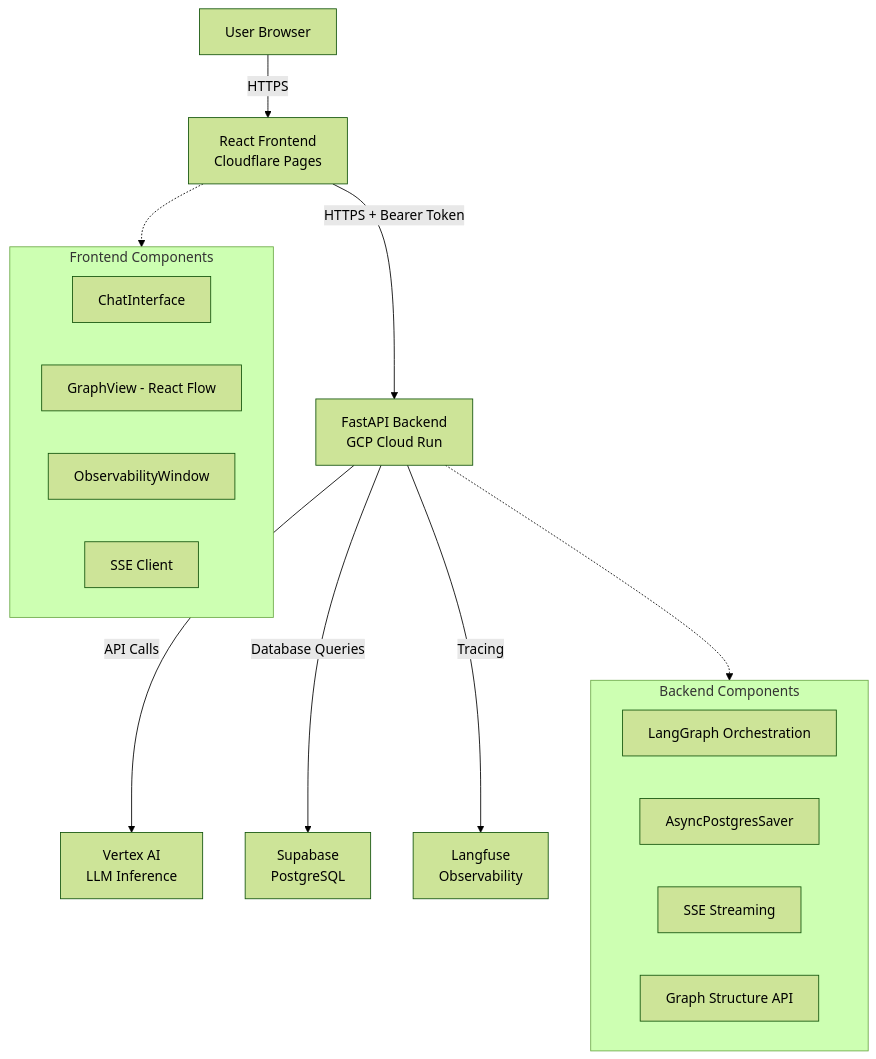
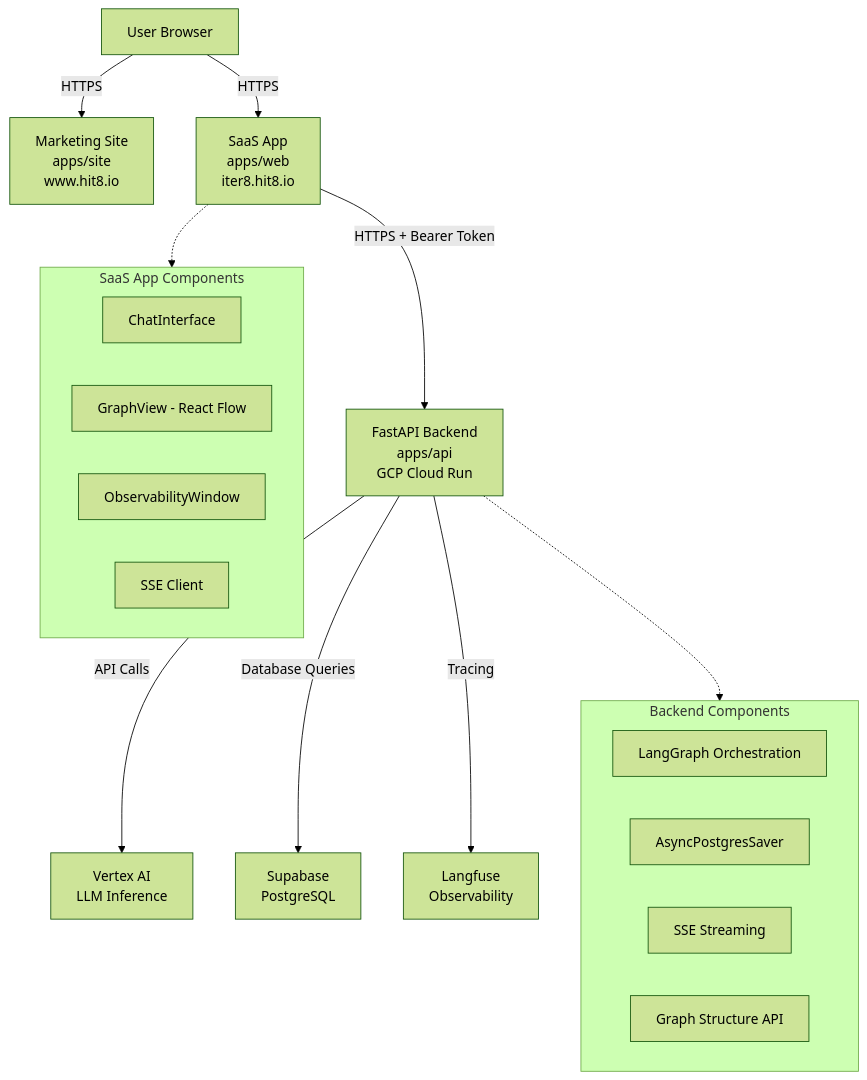
Before and after one commit to hit8-io/hit8: the first of 14 diagrams in .cursor/docs/architecture.md, drawn with Mermaid (forest theme). The commit also changed other lines of this file and 64 other files, not shown here.

````diff
--- a/.cursor/docs/architecture.md
+++ b/.cursor/docs/architecture.md
@@ -19,32 +20,34 @@
 ```mermaid
 graph TB
     User[User Browser]
-    Frontend[React Frontend<br/>Cloudflare Pages]
-    Backend[FastAPI Backend<br/>GCP Cloud Run]
+    MarketingSite[Marketing Site<br/>apps/site<br/>www.hit8.io]
+    SaaSApp[SaaS App<br/>apps/web<br/>iter8.hit8.io]
+    Backend[FastAPI Backend<br/>apps/api<br/>GCP Cloud Run]
     VertexAI[Vertex AI<br/>LLM Inference]
     Supabase[Supabase<br/>PostgreSQL]
     Langfuse[Langfuse<br/>Observability]
     
-    User -->|HTTPS| Frontend
-    Frontend -->|HTTPS + Bearer Token| Backend
+    User -->|HTTPS| MarketingSite
+    User -->|HTTPS| SaaSApp
+    SaaSApp -->|HTTPS + Bearer Token| Backend
     Backend -->|API Calls| VertexAI
     Backend -->|Database Queries| Supabase
     Backend -->|Tracing| Langfuse
     
-    subgraph FrontendComponents["Frontend Components"]
+    subgraph SaaSComponents["SaaS App Components"]
         ChatInterface[ChatInterface]
         GraphView[GraphView - React Flow]
         ObservabilityWindow[ObservabilityWindow]
         SSEClient[SSE Client]
     end
     
     subgraph BackendComponents["Backend Components"]
         LangGraph[LangGraph Orchestration]
         Checkpointer[AsyncPostgresSaver]
         Streaming[SSE Streaming]
         GraphAPI[Graph Structure API]
     end
     
-    Frontend -.-> FrontendComponents
+    SaaSApp -.-> SaaSComponents
     Backend -.-> BackendComponents
 ```
````
